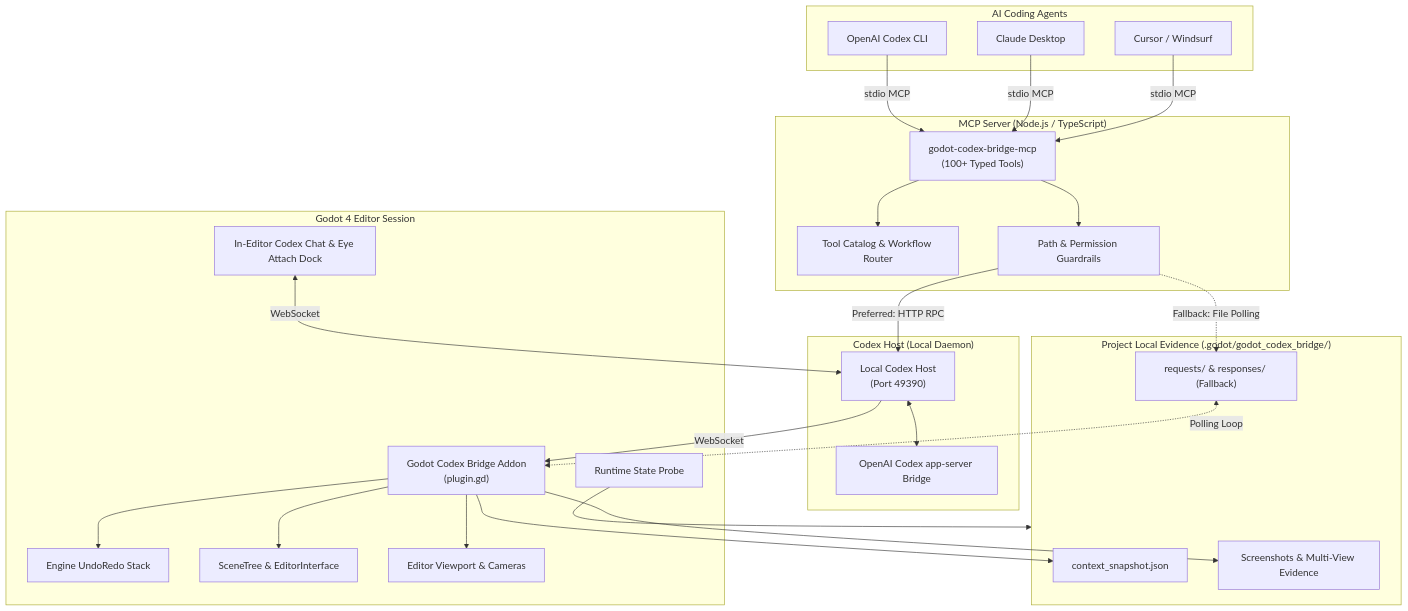
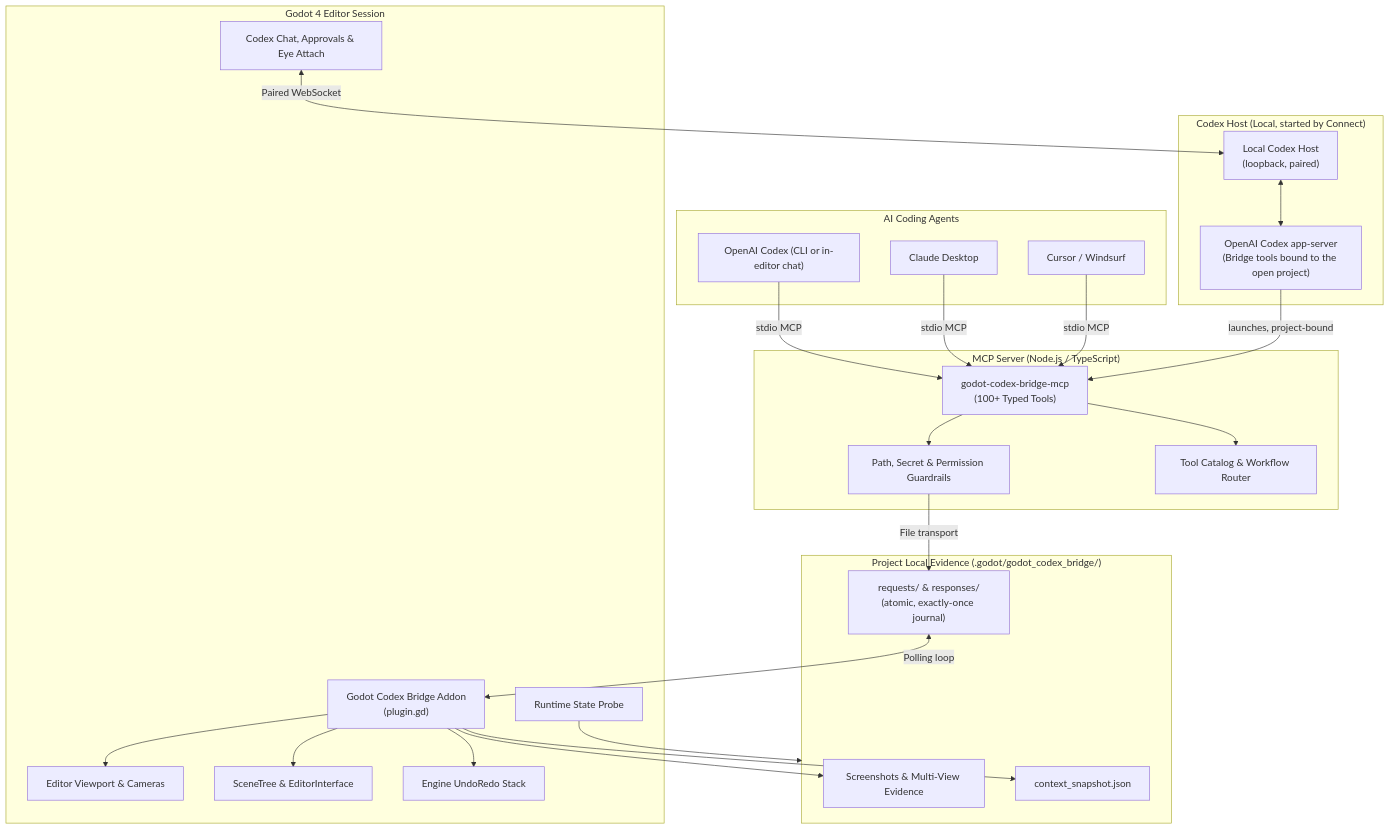
One commit to ItsHege/godot-codex-bridge changed the diagram in README.md. Above: the diagram before and after it, drawn with Mermaid. The commit also changed other lines of this file, not shown here.

Commit message:
README: current architecture, limitations and repository layout
The diagram showed MCP preferring Host HTTP RPC with files as fallback; the Host relay is disabled and the Codex Host now starts the project-bound Codex app-server. Known limitations listed nine actions that are now wired, and the structure omitted the local Codex plugin.

````diff
--- a/README.md
+++ b/README.md
@@ -53,56 +53,54 @@
 ```mermaid
 flowchart TD
     subgraph Agents ["AI Coding Agents"]
-        Codex["OpenAI Codex CLI"]
+        Codex["OpenAI Codex (CLI or in-editor chat)"]
         Claude["Claude Desktop"]
         Cursor["Cursor / Windsurf"]
     end
 
     subgraph MCPLayer ["MCP Server (Node.js / TypeScript)"]
         MCPServer["godot-codex-bridge-mcp<br/>(100+ Typed Tools)"]
         ToolCatalog["Tool Catalog & Workflow Router"]
-        PathGuard["Path & Permission Guardrails"]
+        PathGuard["Path, Secret & Permission Guardrails"]
     end
 
-    subgraph HostLayer ["Codex Host (Local Daemon)"]
-        CodexHost["Local Codex Host<br/>(Port 49390)"]
-        AppServerBridge["OpenAI Codex app-server Bridge"]
+    subgraph HostLayer ["Codex Host (Local, started by Connect)"]
+        CodexHost["Local Codex Host<br/>(loopback, paired)"]
+        AppServer["OpenAI Codex app-server<br/>(Bridge tools bound to the open project)"]
     end
 
     subgraph GodotEditor ["Godot 4 Editor Session"]
         Addon["Godot Codex Bridge Addon<br/>(plugin.gd)"]
-        ChatDock["In-Editor Codex Chat & Eye Attach Dock"]
+        ChatDock["Codex Chat, Approvals & Eye Attach"]
         UndoRedo["Engine UndoRedo Stack"]
         SceneTree["SceneTree & EditorInterface"]
         Viewport["Editor Viewport & Cameras"]
         RuntimeProbe["Runtime State Probe"]
     end
 
     subgraph LocalStorage ["Project Local Evidence (.godot/godot_codex_bridge/)"]
         Snapshot["context_snapshot.json"]
         Artifacts["Screenshots & Multi-View Evidence"]
-        FallbackDir["requests/ & responses/ (Fallback)"]
+        Transport["requests/ & responses/<br/>(atomic, exactly-once journal)"]
     end
 
     Codex -->|stdio MCP| MCPServer
     Claude -->|stdio MCP| MCPServer
     Cursor -->|stdio MCP| MCPServer
 
     MCPServer --> ToolCatalog
     MCPServer --> PathGuard
+    PathGuard -->|File transport| Transport
+    Transport <-->|Polling loop| Addon
 
-    PathGuard -->|Preferred: HTTP RPC| CodexHost
-    CodexHost -->|WebSocket| Addon
-    ChatDock <-->|WebSocket| CodexHost
-    CodexHost <--> AppServerBridge
-
-    PathGuard -.->|Fallback: File Polling| FallbackDir
-    FallbackDir <-.->|Polling Loop| Addon
+    ChatDock <-->|Paired WebSocket| CodexHost
+    CodexHost <--> AppServer
+    AppServer -->|launches, project-bound| MCPServer
 
     Addon --> Snapshot
     Addon --> Artifacts
     Addon --> UndoRedo
     Addon --> SceneTree
     Addon --> Viewport
     RuntimeProbe --> LocalStorage
 ```
````
